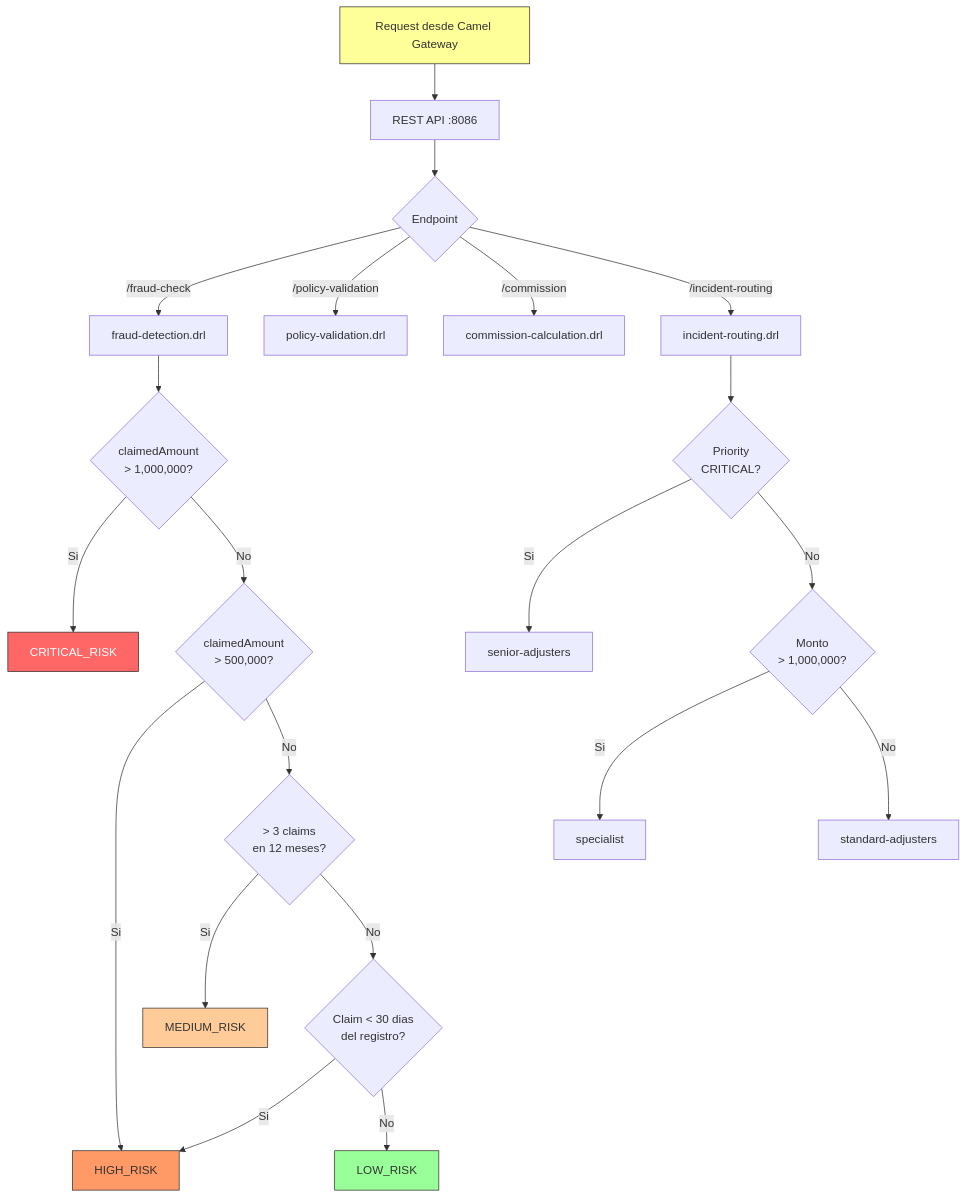
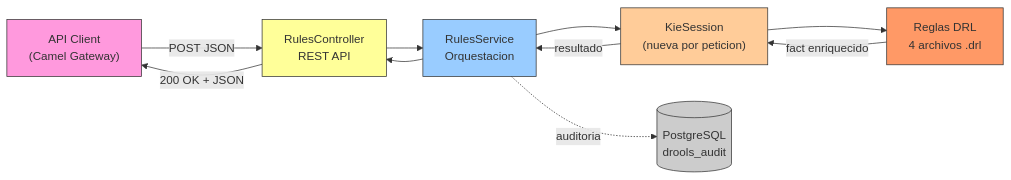
The first of 8 diagrams in openspecs/docs/components/drools-engine/README.md (monghithub/guidewire), drawn with Mermaid before and after one commit. The commit also changed other lines of this file, not shown here.

First line of the commit message:
docs: add comprehensive Drools Engine documentation

````diff
--- a/openspecs/docs/components/drools-engine/README.md
+++ b/openspecs/docs/components/drools-engine/README.md
@@ -66,31 +42,19 @@
 ```mermaid
-flowchart TD
-    REQ[Request desde Camel Gateway] --> API[REST API :8086]
-    API --> ROUTE{Endpoint}
-    ROUTE -->|/fraud-check| FC[fraud-detection.drl]
-    ROUTE -->|/policy-validation| PV[policy-validation.drl]
-    ROUTE -->|/commission| CC[commission-calculation.drl]
-    ROUTE -->|/incident-routing| IR[incident-routing.drl]
+graph LR
+    CLIENT["API Client<br/>(Camel Gateway)"] -->|POST JSON| CTRL["RulesController<br/>REST API"]
+    CTRL --> SVC["RulesService<br/>Orquestacion"]
+    SVC --> KIE["KieSession<br/>(nueva por peticion)"]
+    KIE --> DRL["Reglas DRL<br/>4 archivos .drl"]
+    DRL -->|fact enriquecido| KIE
+    KIE -->|resultado| SVC
+    SVC --> CTRL
+    CTRL -->|200 OK + JSON| CLIENT
+    SVC -.->|auditoria| DB[(PostgreSQL<br/>drools_audit)]
 
-    FC --> FC1{claimedAmount<br/>> 1,000,000?}
-    FC1 -->|Si| CRIT[CRITICAL_RISK]
-    FC1 -->|No| FC2{claimedAmount<br/>> 500,000?}
-    FC2 -->|Si| HIGH[HIGH_RISK]
-    FC2 -->|No| FC3{> 3 claims<br/>en 12 meses?}
-    FC3 -->|Si| MED[MEDIUM_RISK]
-    FC3 -->|No| FC4{Claim < 30 dias<br/>del registro?}
-    FC4 -->|Si| HIGH
-    FC4 -->|No| LOW[LOW_RISK]
-
-    IR --> IR1{Priority<br/>CRITICAL?}
-    IR1 -->|Si| SENIOR[senior-adjusters]
-    IR1 -->|No| IR2{Monto<br/>> 1,000,000?}
-    IR2 -->|Si| SPEC[specialist]
-    IR2 -->|No| STD[standard-adjusters]
-
-    style REQ fill:#ff9,stroke:#333
-    style CRIT fill:#f66,stroke:#333,color:#fff
-    style HIGH fill:#f96,stroke:#333
-    style MED fill:#fc9,stroke:#333
-    style LOW fill:#9f9,stroke:#333
+    style CLIENT fill:#f9d,stroke:#333
+    style CTRL fill:#ff9,stroke:#333
+    style SVC fill:#9cf,stroke:#333
+    style KIE fill:#fc9,stroke:#333
+    style DRL fill:#f96,stroke:#333
+    style DB fill:#ccc,stroke:#333
 ```
````
